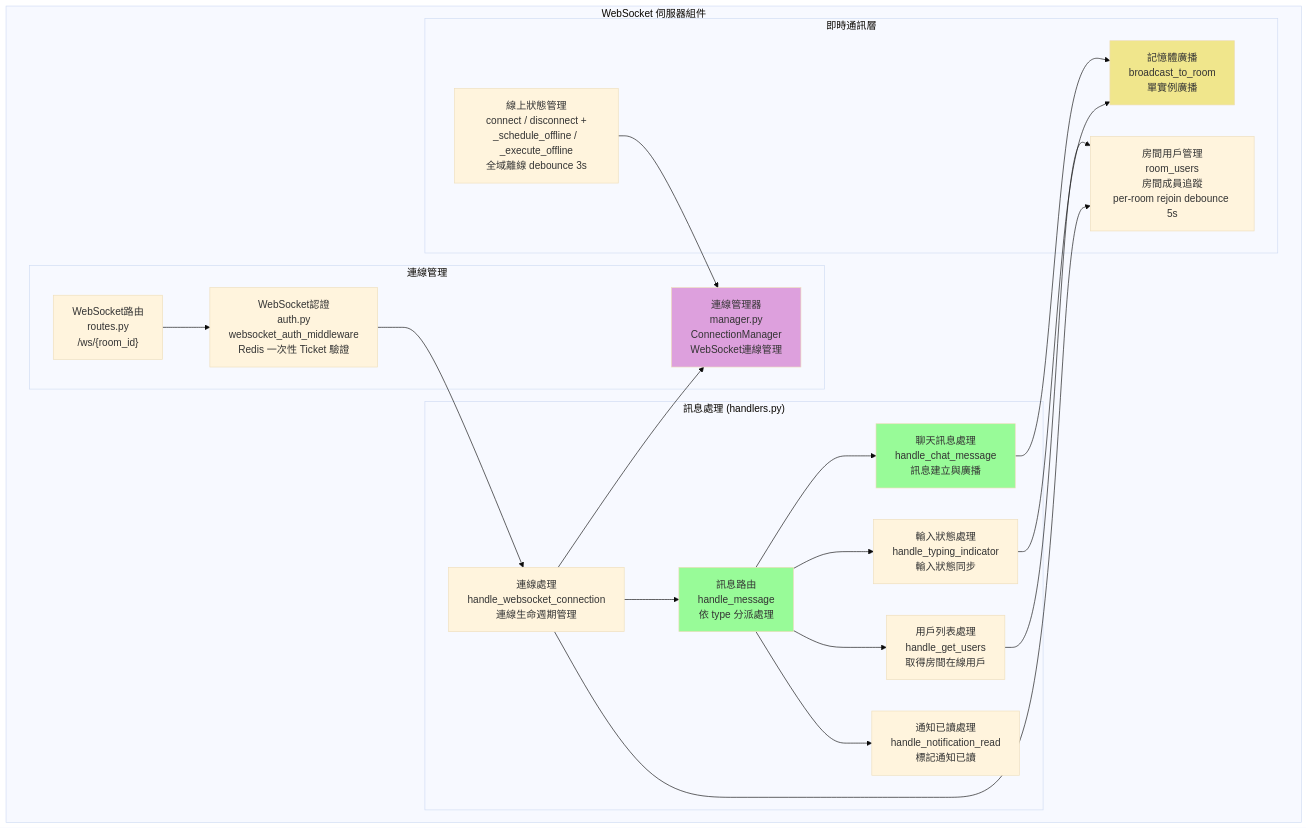
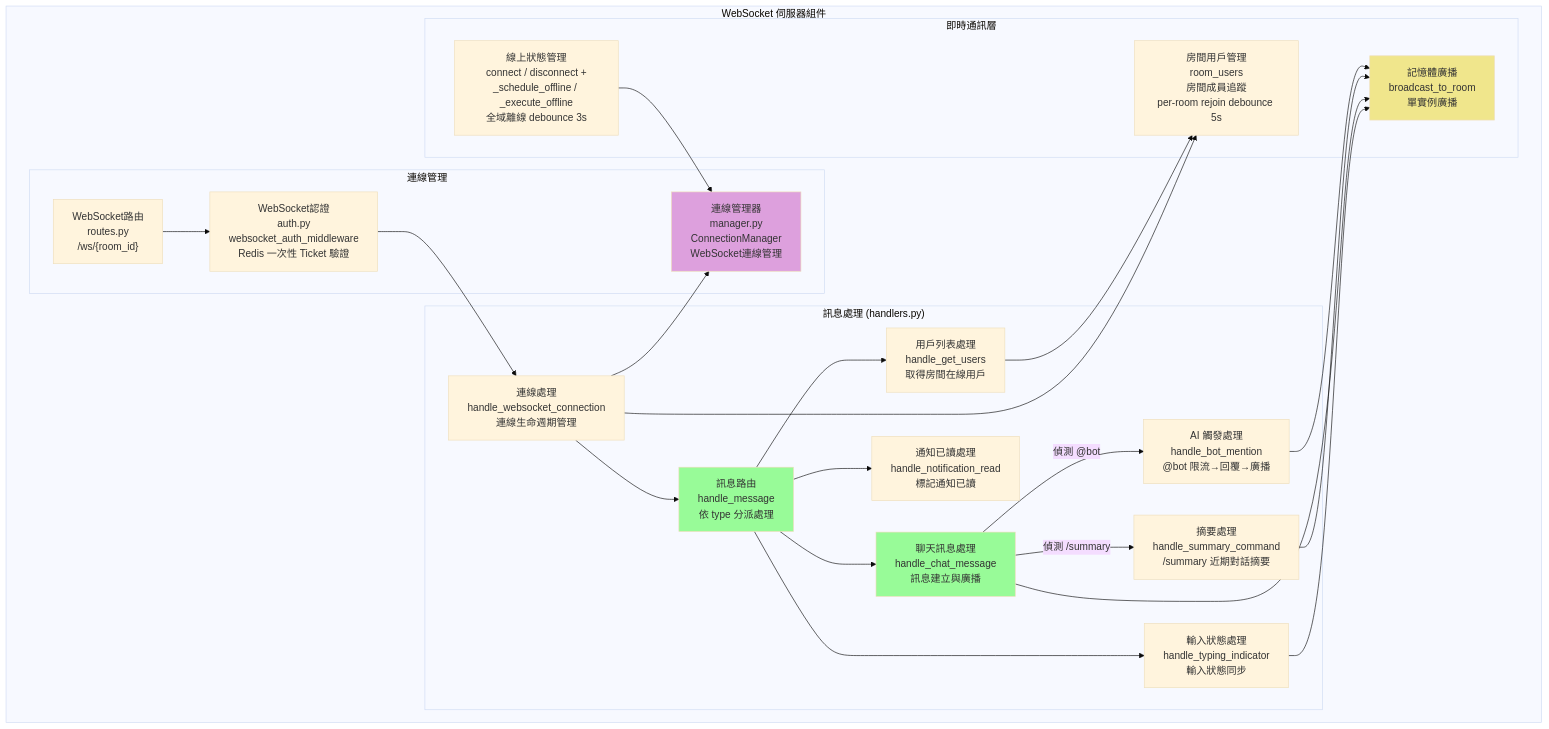
The sixth of 11 diagrams in docs/c4-architecture.md (twtrubiks/mongo-fastapi-svelte-chat), drawn with Mermaid (base theme) before and after one commit. The commit also changed other lines of this file and 5 other files, not shown here.

````diff
--- a/docs/c4-architecture.md
+++ b/docs/c4-architecture.md
@@ -276,47 +290,53 @@
 ```mermaid
 graph TB
     subgraph "WebSocket 伺服器組件"
         subgraph "連線管理"
             WebSocketRouter["WebSocket路由<br/>routes.py<br/>/ws/{room_id}"]
             WebSocketAuth[WebSocket認證<br/>auth.py<br/>websocket_auth_middleware<br/>Redis 一次性 Ticket 驗證]
             ConnectionManager[連線管理器<br/>manager.py<br/>ConnectionManager<br/>WebSocket連線管理]
         end
 
         subgraph "訊息處理 (handlers.py)"
             WSConnection[連線處理<br/>handle_websocket_connection<br/>連線生命週期管理]
             MessageHandler[訊息路由<br/>handle_message<br/>依 type 分派處理]
             ChatHandler[聊天訊息處理<br/>handle_chat_message<br/>訊息建立與廣播]
             TypingHandler[輸入狀態處理<br/>handle_typing_indicator<br/>輸入狀態同步]
             GetUsersHandler[用戶列表處理<br/>handle_get_users<br/>取得房間在線用戶]
             NotifReadHandler[通知已讀處理<br/>handle_notification_read<br/>標記通知已讀]
+            BotHandler[AI 觸發處理<br/>handle_bot_mention<br/>@bot 限流→回覆→廣播]
+            SummaryHandler[摘要處理<br/>handle_summary_command<br/>/summary 近期對話摘要]
         end
 
         subgraph "即時通訊層"
             MemoryBroadcast[記憶體廣播<br/>broadcast_to_room<br/>單實例廣播]
             UserPresence[線上狀態管理<br/>connect / disconnect +<br/>_schedule_offline / _execute_offline<br/>全域離線 debounce 3s]
             RoomUsers[房間用戶管理<br/>room_users<br/>房間成員追蹤<br/>per-room rejoin debounce 5s]
         end
     end
 
     WebSocketRouter --> WebSocketAuth
     WebSocketAuth --> WSConnection
     WSConnection --> ConnectionManager
     WSConnection --> MessageHandler
 
     MessageHandler --> ChatHandler
     MessageHandler --> TypingHandler
     MessageHandler --> GetUsersHandler
     MessageHandler --> NotifReadHandler
 
+    ChatHandler -->|偵測 @bot| BotHandler
+    ChatHandler -->|偵測 /summary| SummaryHandler
+    BotHandler --> MemoryBroadcast
+    SummaryHandler --> MemoryBroadcast
     ChatHandler --> MemoryBroadcast
     TypingHandler --> MemoryBroadcast
     GetUsersHandler --> RoomUsers
     WSConnection --> RoomUsers
 
     UserPresence --> ConnectionManager
 
     style ConnectionManager fill:#DDA0DD
     style MessageHandler fill:#98FB98
     style ChatHandler fill:#98FB98
     style MemoryBroadcast fill:#F0E68C
 ```
````
